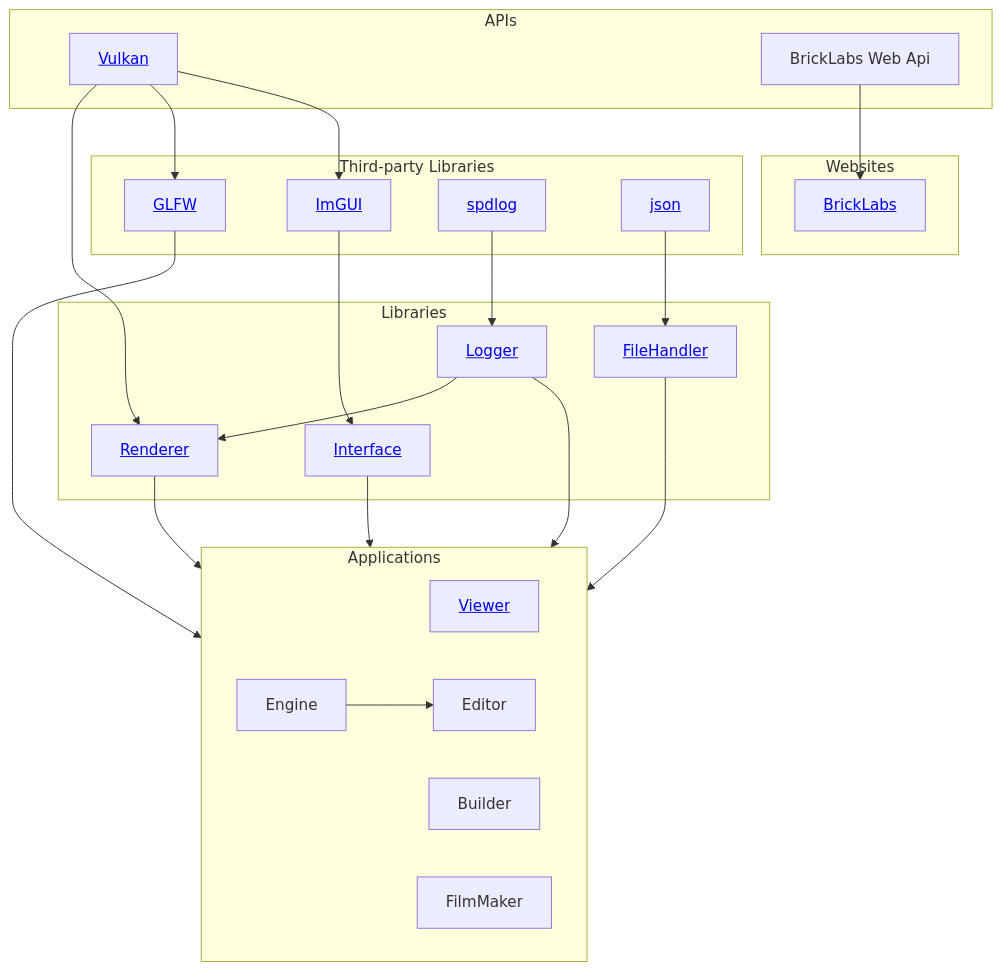
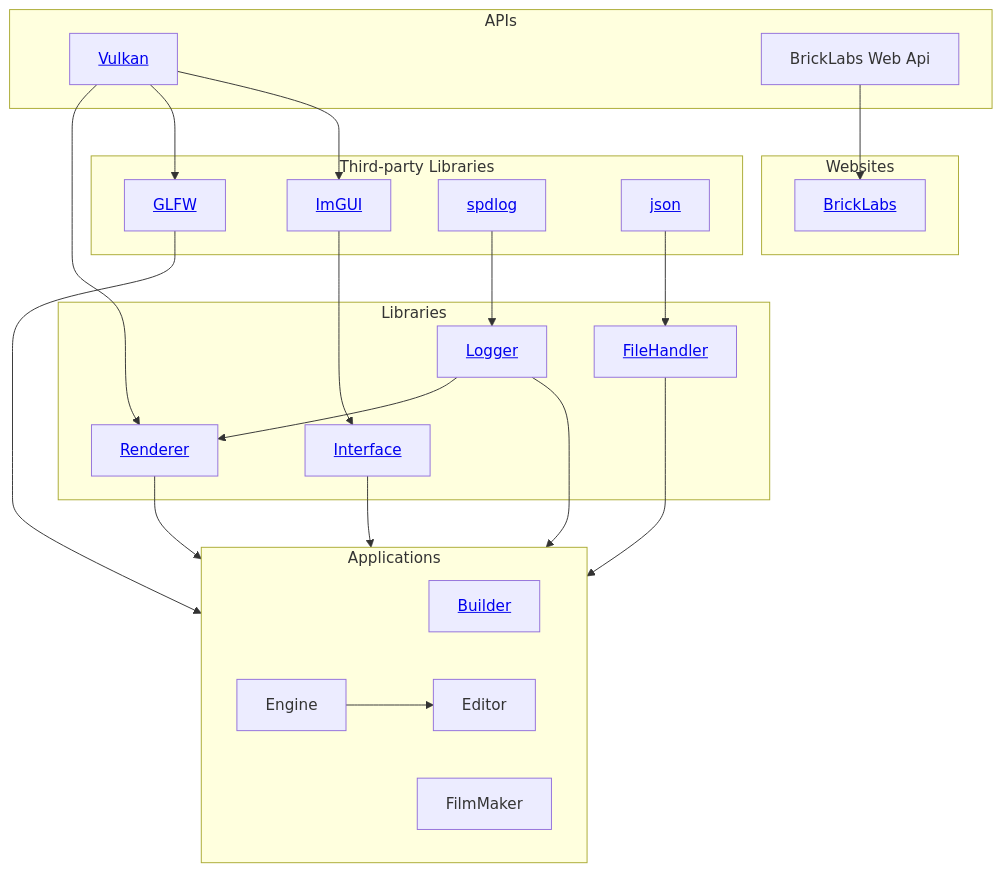
The diagram in profile/README.md (Brick-Labs/.github), drawn with Mermaid before and after one commit.

Commit message:
Update Builder link in README.md

````diff
--- a/profile/README.md
+++ b/profile/README.md
@@ -6,58 +6,57 @@
 ```mermaid
 graph TD
     
     subgraph APIs
         Vulkan[<a href="https://vulkan.org">Vulkan</a>]
         BLAPI[<span>BrickLabs Web Api</span>]
     end
 
     subgraph Third-party Libraries
         GLFW[<a href="https://www.glfw.org">GLFW</a>]
         ImGUI[<a href="https://github.com/ocornut/imgui">ImGUI</a>]
         spdlog[<a href="https://github.com/gabime/spdlog">spdlog</a>]
         json[<a href="https://github.com/nlohmann/json">json</a>]
     end
 
     subgraph Libraries
         Renderer[<a href="https://github.com/Brick-Labs/Renderer">Renderer</a>]
         FileHandler[<a href="https://github.com/Brick-Labs/FileHandler">FileHandler</a>]
         Logger[<a href="https://github.com/Brick-Labs/Logger">Logger</a>]
         Interface[<a href="https://github.com/Brick-Labs/Interface">Interface</a>]
     end
 
     subgraph Applications
-        Viewer[<a href="https://github.com/Brick-Labs/Viewer">Viewer</a>]
-        Builder
+        Builder[<a href="https://github.com/Brick-Labs/Builder">Builder</a>]
         Engine
         Editor
         FilmMaker
     end
 
     subgraph Websites
         BrickLabsWeb[<a href="https://github.com/Brick-Labs/Website">BrickLabs</a>]
     end
 
     %% APIs to Libraries
     Vulkan --> Renderer
     Vulkan --> GLFW
     Vulkan --> ImGUI
 
     %% APIs to Websites
     BLAPI --> BrickLabsWeb
 
     %% Libraries to Libraries
     ImGUI --> Interface
     spdlog --> Logger
     Logger --> Renderer
     json --> FileHandler
 
     %% Librararies to Applications
     Renderer --> Applications
     GLFW --> Applications
     Interface --> Applications 
     FileHandler --> Applications
     Logger --> Applications
 
     %% Applications to Applications
     Engine --> Editor
 ```
````
